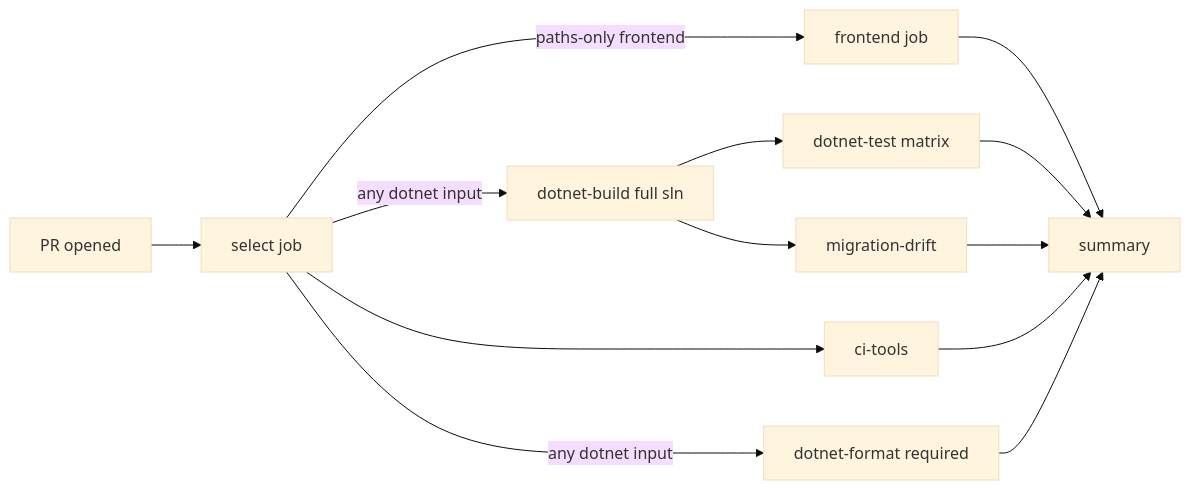
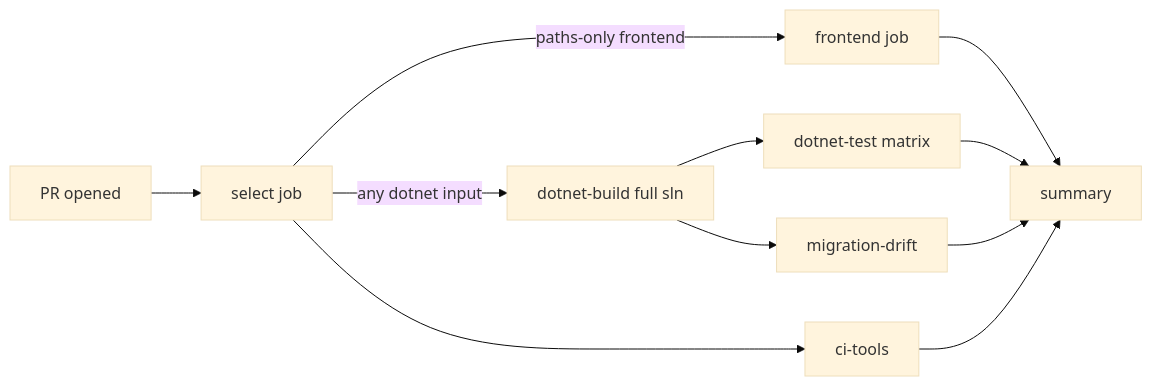
The diagram in docs/CI.md (OlyForge3D/PrintFarmer), drawn with Mermaid (base theme) before and after one commit. The commit also changed other lines of this file and 5 other files, not shown here.

````diff
--- a/docs/CI.md
+++ b/docs/CI.md
@@ -19,15 +19,13 @@
 ```mermaid
 flowchart LR
   A[PR opened] --> B[select job]
   B -->|paths-only frontend| C[frontend job]
   B -->|any dotnet input| D[dotnet-build full sln]
-  B -->|any dotnet input| I[dotnet-format required]
   D --> E[dotnet-test matrix]
   D --> F[migration-drift]
   B --> G[ci-tools]
   C --> H[summary]
   E --> H
   F --> H
   G --> H
-  I --> H
 ```
````
